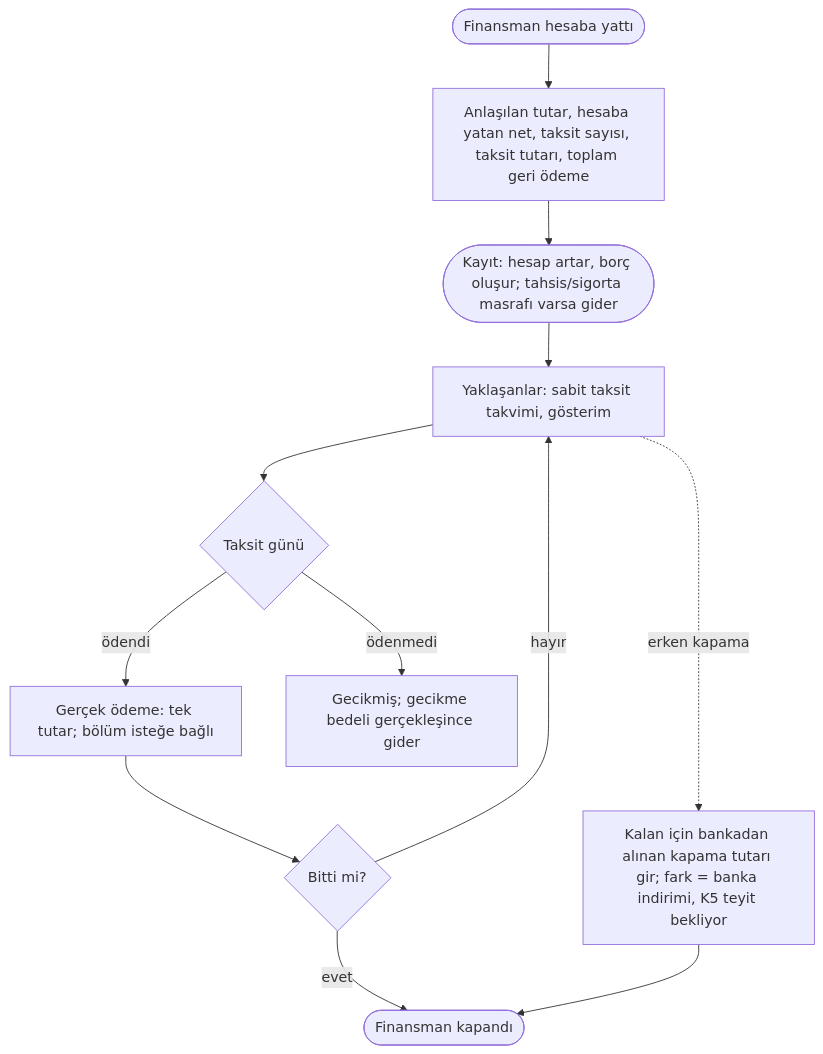
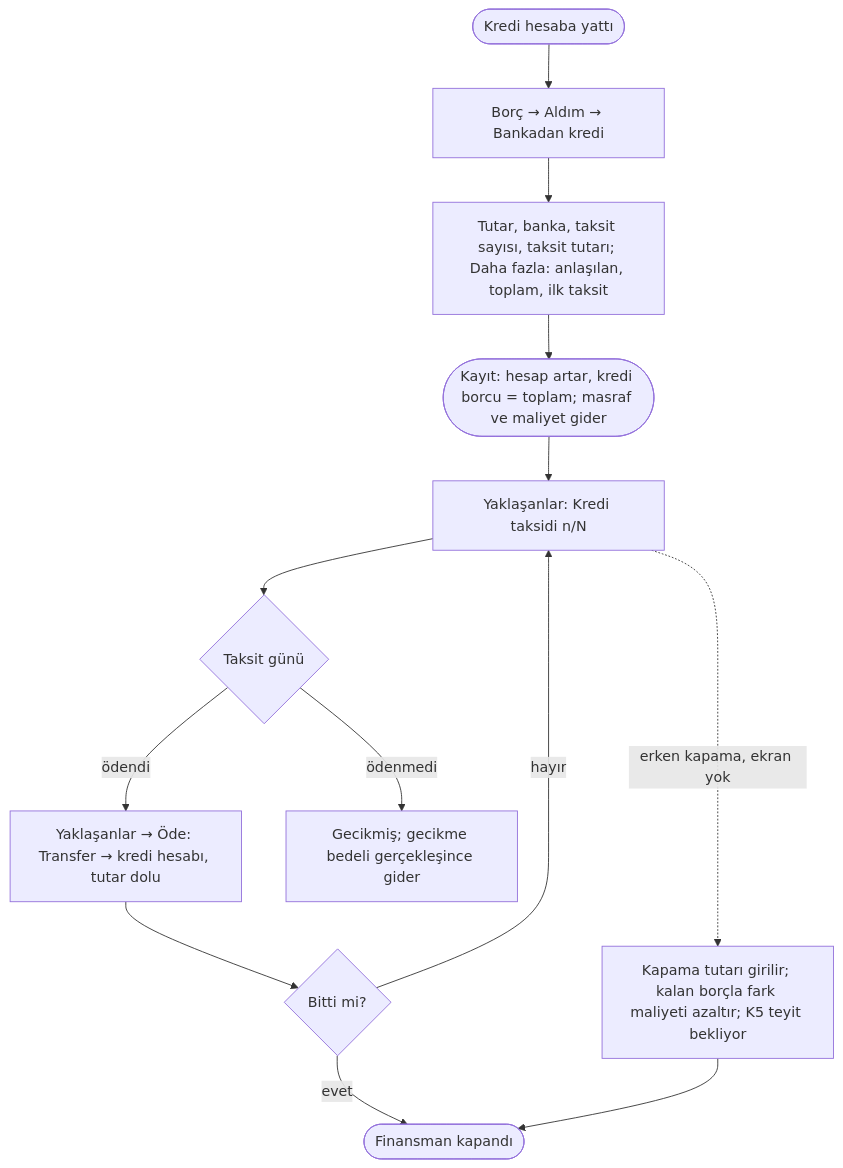
The diagram in docs/ux/akislar/AKS-009-kredi.md (akderelianil/aa-finance), drawn with Mermaid before and after one commit. The commit also changed other lines of this file and 18 other files, not shown here.

````diff
--- a/docs/ux/akislar/AKS-009-kredi.md
+++ b/docs/ux/akislar/AKS-009-kredi.md
@@ -34,14 +37,15 @@
 ```mermaid
 flowchart TD
-  A([Finansman hesaba yattı]) --> B[Anlaşılan tutar, hesaba yatan net, taksit sayısı, taksit tutarı, toplam geri ödeme]
-  B --> C([Kayıt: hesap artar, borç oluşur; tahsis/sigorta masrafı varsa gider])
-  C --> D[Yaklaşanlar: sabit taksit takvimi, gösterim]
+  A([Kredi hesaba yattı]) --> B[Borç → Aldım → Bankadan kredi]
+  B --> B1[Tutar, banka, taksit sayısı, taksit tutarı; Daha fazla: anlaşılan, toplam, ilk taksit]
+  B1 --> C([Kayıt: hesap artar, kredi borcu = toplam; masraf ve maliyet gider])
+  C --> D[Yaklaşanlar: Kredi taksidi n/N]
   D --> E{Taksit günü}
-  E -- ödendi --> F[Gerçek ödeme: tek tutar; bölüm isteğe bağlı]
+  E -- ödendi --> F[Yaklaşanlar → Öde: Transfer → kredi hesabı, tutar dolu]
   E -- ödenmedi --> G[Gecikmiş; gecikme bedeli gerçekleşince gider]
   F --> H{Bitti mi?}
   H -- hayır --> D
   H -- evet --> I([Finansman kapandı])
-  D -. erken kapama .-> K[Kalan için bankadan alınan kapama tutarı gir; fark = banka indirimi, K5 teyit bekliyor]
+  D -. erken kapama, ekran yok .-> K[Kapama tutarı girilir; kalan borçla fark maliyeti azaltır; K5 teyit bekliyor]
   K --> I
 ```
````
